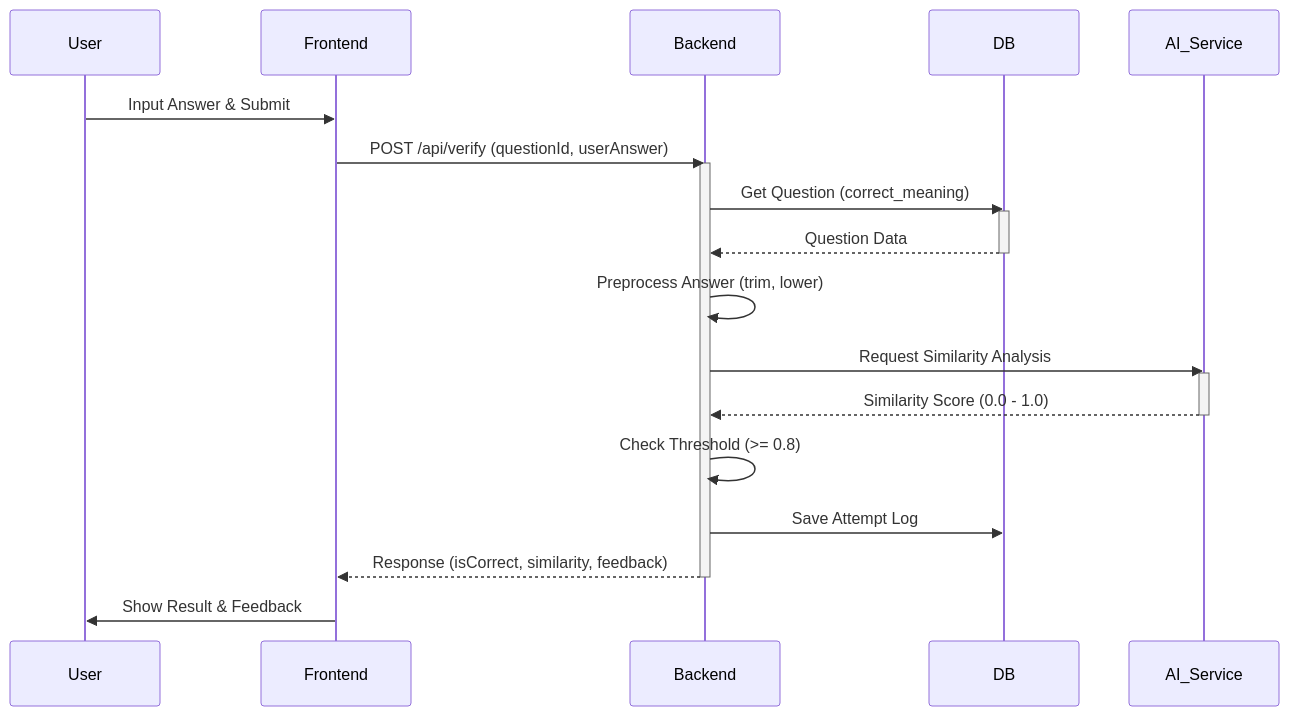
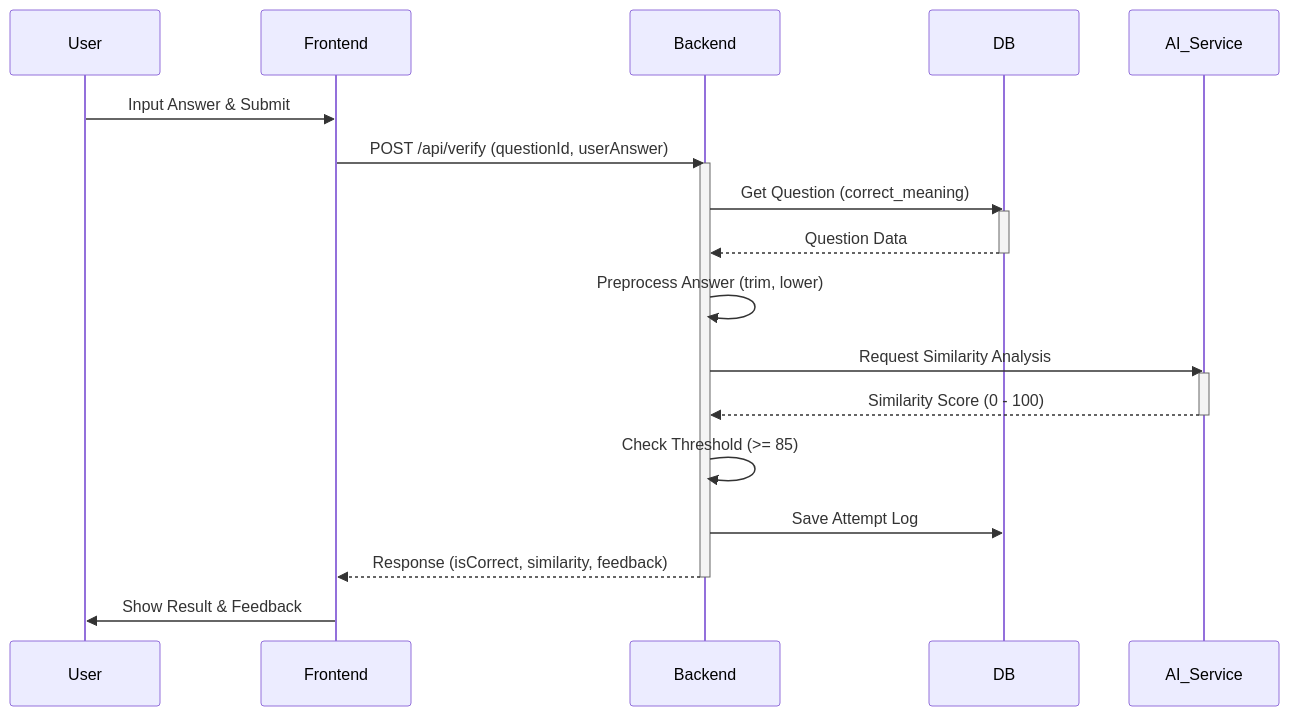
One commit to himchannnn/context_hunter changed the second of 2 diagrams in LLD.md. Above: the diagram before and after it, drawn with Mermaid. The commit also changed other lines of this file and 2 other files, not shown here.

Commit message:
docs: Update LLD, Service Guide, and Deploy Guide for AI integration

````diff
--- a/LLD.md
+++ b/LLD.md
@@ -97,31 +97,31 @@
 ```mermaid
 sequenceDiagram
     participant User
     participant Frontend
     participant Backend
     participant DB
     participant AI_Service
 
     User->>Frontend: Input Answer & Submit
     Frontend->>Backend: POST /api/verify (questionId, userAnswer)
     activate Backend
     Backend->>DB: Get Question (correct_meaning)
     activate DB
     DB-->>Backend: Question Data
     deactivate DB
     
     Backend->>Backend: Preprocess Answer (trim, lower)
     
     Backend->>AI_Service: Request Similarity Analysis
     activate AI_Service
-    AI_Service-->>Backend: Similarity Score (0.0 - 1.0)
+    AI_Service-->>Backend: Similarity Score (0 - 100)
     deactivate AI_Service
     
-    Backend->>Backend: Check Threshold (>= 0.8)
+    Backend->>Backend: Check Threshold (>= 85)
     Backend->>DB: Save Attempt Log
     
     Backend-->>Frontend: Response (isCorrect, similarity, feedback)
     deactivate Backend
     
     Frontend->>User: Show Result & Feedback
 ```
````
